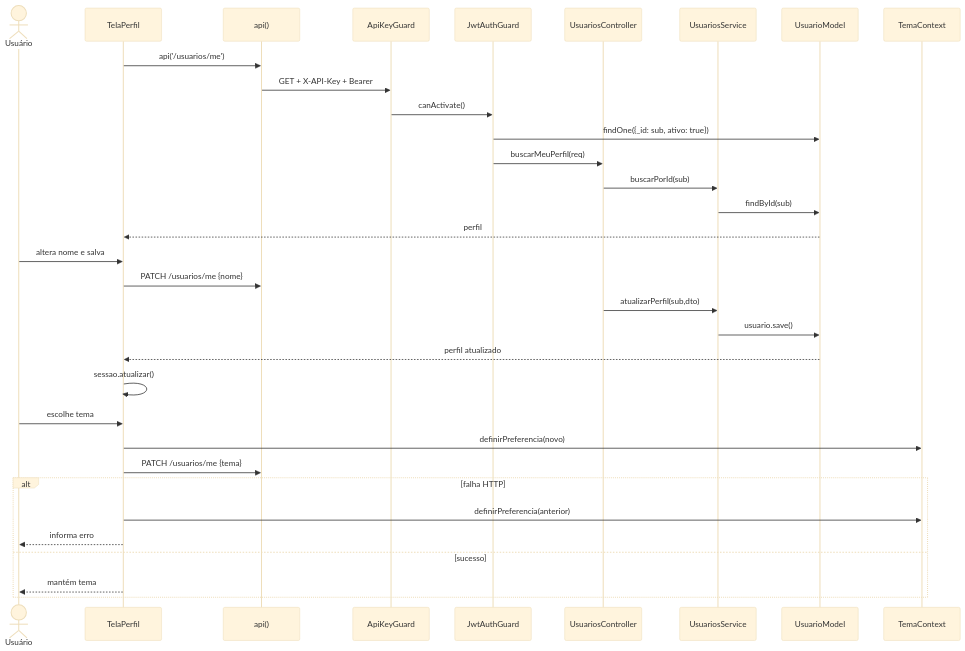
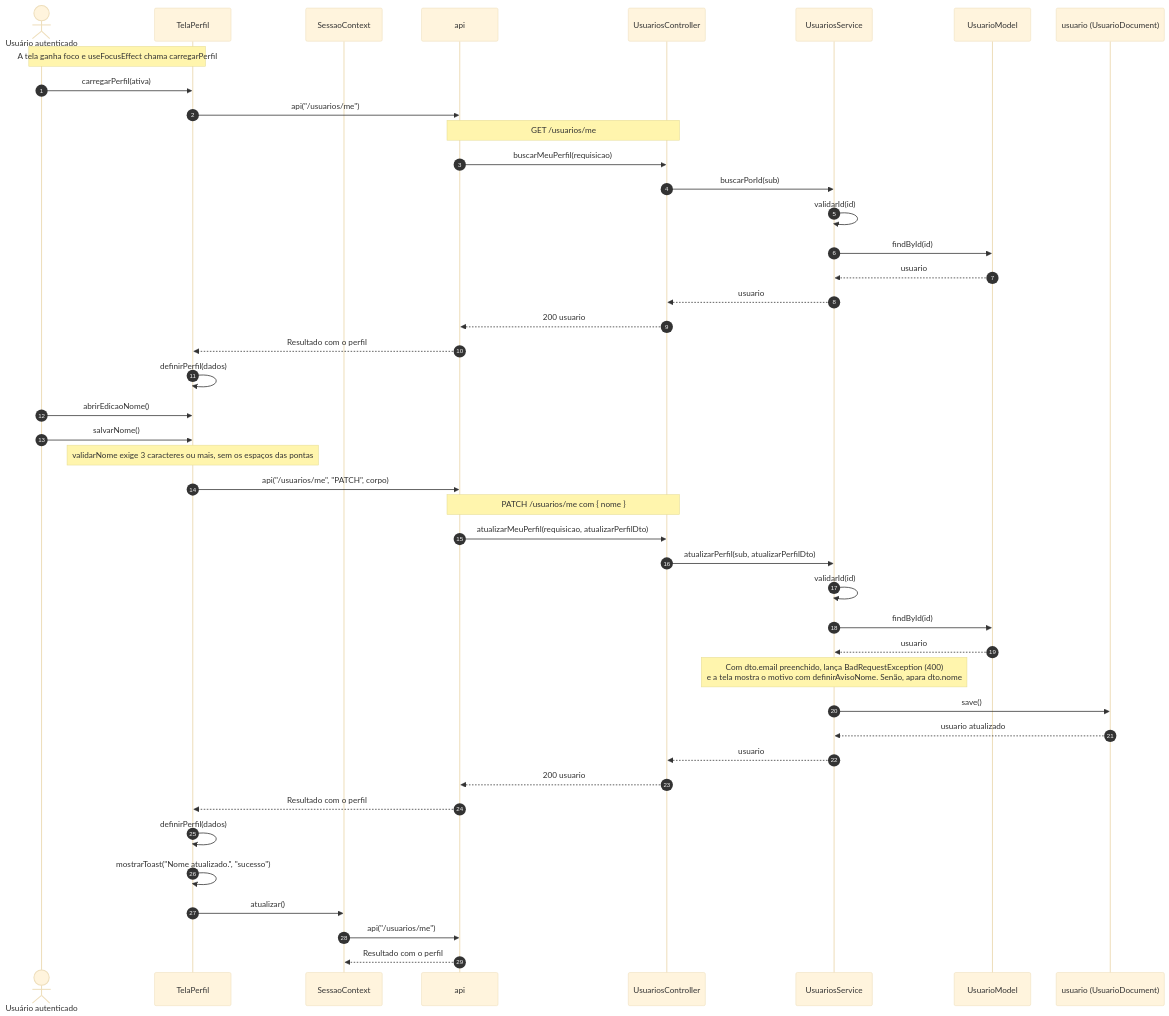
One commit to Conecta-IFSP/DOCUMENTATION changed the first of 7 diagrams in 2 - Incremento1/configuracoes-usuario/6 - diagramas-sequencia-configuracoes-usuario.md. Above: the diagram before and after it, drawn with Mermaid (base theme). The commit also changed other lines of this file and 54 other files, not shown here.

````diff
--- a/2 - Incremento1/configuracoes-usuario/6 - diagramas-sequencia-configuracoes-usuario.md
+++ b/2 - Incremento1/configuracoes-usuario/6 - diagramas-sequencia-configuracoes-usuario.md
@@ -13,36 +13,46 @@
 ```mermaid
 sequenceDiagram
-    actor U as Usuário
+    autonumber
+    actor U as Usuário autenticado
     participant T as TelaPerfil
-    participant A as api()
-    participant K as ApiKeyGuard
-    participant J as JwtAuthGuard
+    participant SC as SessaoContext
+    participant A as api
     participant C as UsuariosController
     participant S as UsuariosService
     participant M as UsuarioModel
-    participant TC as TemaContext
-
-    T->>A: api('/usuarios/me')
-    A->>K: GET + X-API-Key + Bearer
-    K->>J: canActivate()
-    J->>M: findOne({_id: sub, ativo: true})
-    J->>C: buscarMeuPerfil(req)
+    participant D as usuario (UsuarioDocument)
+    Note over U,T: A tela ganha foco e useFocusEffect chama carregarPerfil
+    U->>T: carregarPerfil(ativa)
+    T->>A: api("/usuarios/me")
+    Note over A,C: GET /usuarios/me
+    A->>C: buscarMeuPerfil(requisicao)
     C->>S: buscarPorId(sub)
-    S->>M: findById(sub)
-    M-->>T: perfil
-    U->>T: altera nome e salva
-    T->>A: PATCH /usuarios/me {nome}
-    C->>S: atualizarPerfil(sub,dto)
-    S->>M: usuario.save()
-    M-->>T: perfil atualizado
-    T->>T: sessao.atualizar()
-    U->>T: escolhe tema
-    T->>TC: definirPreferencia(novo)
-    T->>A: PATCH /usuarios/me {tema}
-    alt falha HTTP
-        T->>TC: definirPreferencia(anterior)
-        T-->>U: informa erro
-    else sucesso
-        T-->>U: mantém tema
-    end
+    S->>S: validarId(id)
+    S->>M: findById(id)
+    M-->>S: usuario
+    S-->>C: usuario
+    C-->>A: 200 usuario
+    A-->>T: Resultado com o perfil
+    T->>T: definirPerfil(dados)
+    U->>T: abrirEdicaoNome()
+    U->>T: salvarNome()
+    Note over T: validarNome exige 3 caracteres ou mais, sem os espaços das pontas
+    T->>A: api("/usuarios/me", "PATCH", corpo)
+    Note over A,C: PATCH /usuarios/me com { nome }
+    A->>C: atualizarMeuPerfil(requisicao, atualizarPerfilDto)
+    C->>S: atualizarPerfil(sub, atualizarPerfilDto)
+    S->>S: validarId(id)
+    S->>M: findById(id)
+    M-->>S: usuario
+    Note over S: Com dto.email preenchido, lança BadRequestException (400)<br/>e a tela mostra o motivo com definirAvisoNome. Senão, apara dto.nome
+    S->>D: save()
+    D-->>S: usuario atualizado
+    S-->>C: usuario
+    C-->>A: 200 usuario
+    A-->>T: Resultado com o perfil
+    T->>T: definirPerfil(dados)
+    T->>T: mostrarToast("Nome atualizado.", "sucesso")
+    T->>SC: atualizar()
+    SC->>A: api("/usuarios/me")
+    A-->>SC: Resultado com o perfil
 ```
````
